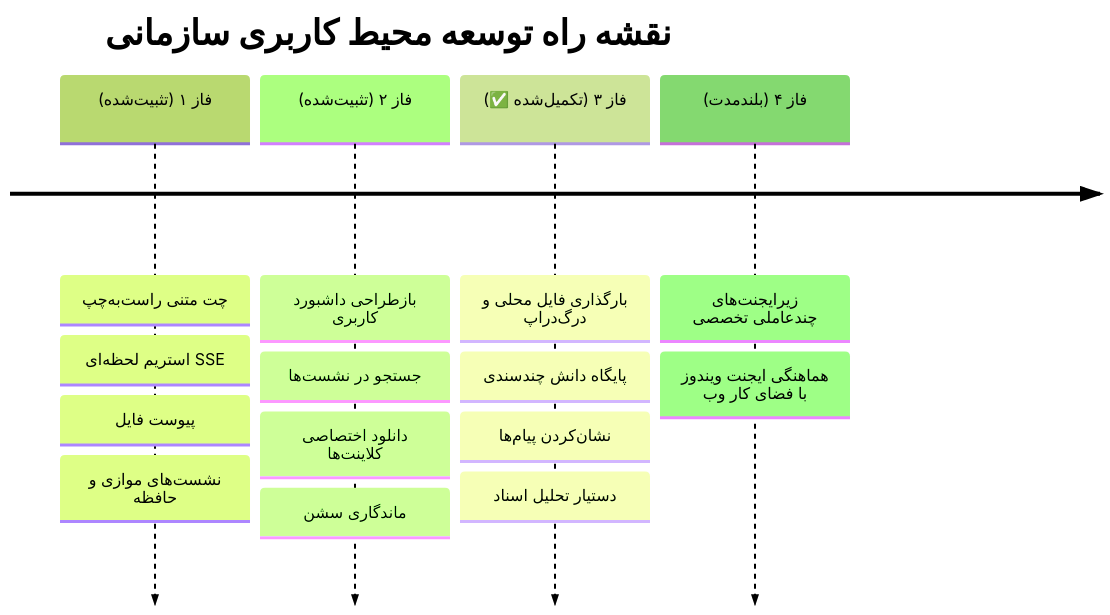
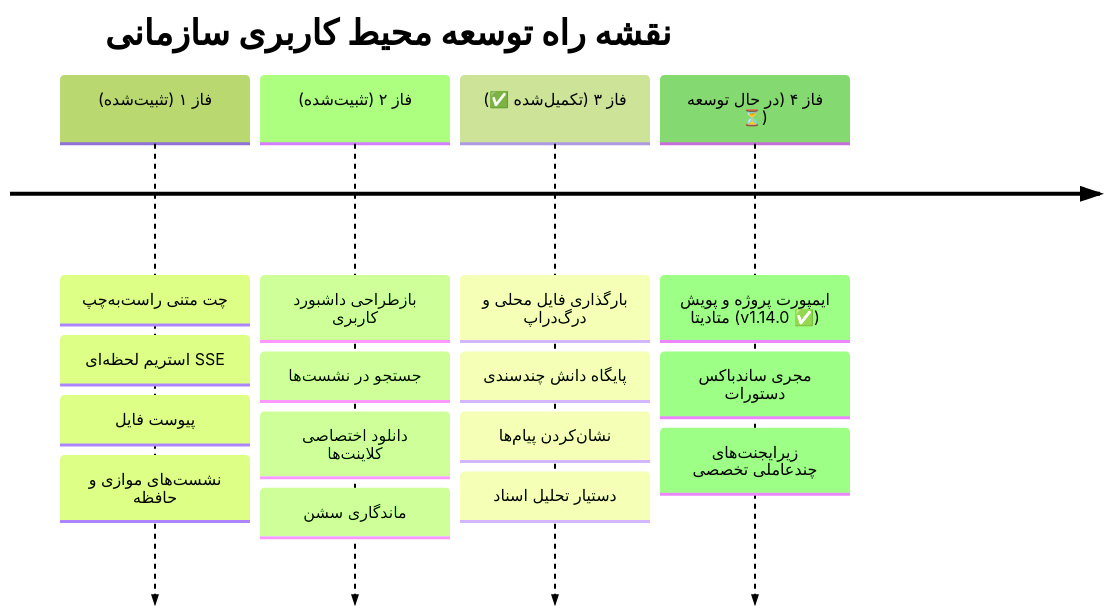
One commit to RedBoy-011/OmniOps changed the third of 3 diagrams in ROADMAP_DUAL_PLANE.fa.md. Above: the diagram before and after it, drawn with Mermaid (forest theme). The commit also changed other lines of this file and 10 other files, not shown here.

````diff
--- a/ROADMAP_DUAL_PLANE.fa.md
+++ b/ROADMAP_DUAL_PLANE.fa.md
@@ -108,8 +108,8 @@
 ```mermaid
 timeline
     title نقشه راه توسعه محیط کاربری سازمانی
     فاز ۱ (تثبیت‌شده) : چت متنی راست‌به‌چپ : استریم لحظه‌ای SSE : پیوست فایل : نشست‌های موازی و حافظه
     فاز ۲ (تثبیت‌شده) : بازطراحی داشبورد کاربری : جستجو در نشست‌ها : دانلود اختصاصی کلاینت‌ها : ماندگاری سشن
     فاز ۳ (تکمیل‌شده ✅) : بارگذاری فایل محلی و درگ‌دراپ : پایگاه دانش چندسندی : نشان‌کردن پیام‌ها : دستیار تحلیل اسناد
-    فاز ۴ (بلندمدت) : زیرایجنت‌های چندعاملی تخصصی : هماهنگی ایجنت ویندوز با فضای کار وب
+    فاز ۴ (در حال توسعه ⏳) : ایمپورت پروژه و پویش متادیتا (v1.14.0 ✅) : مجری ساندباکس دستورات : زیرایجنت‌های چندعاملی تخصصی
 ```
````
